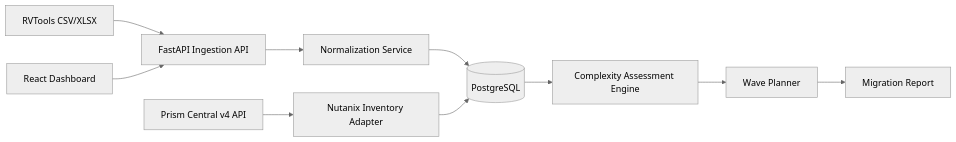
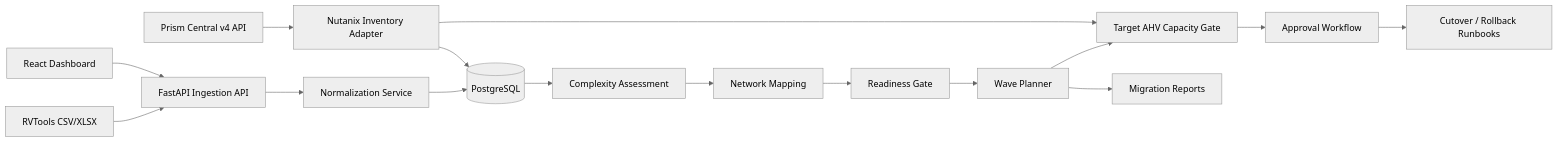
Before and after one commit to AbdullahGhani1/nutanix-migration-factory: the diagram in README.md, drawn with Mermaid (neutral theme). The commit also changed other lines of this file and 21 other files, not shown here.

````diff
--- a/README.md
+++ b/README.md
@@ -32,12 +45,18 @@
 ```mermaid
 flowchart LR
     A[RVTools CSV/XLSX] --> B[FastAPI Ingestion API]
     B --> C[Normalization Service]
     C --> D[(PostgreSQL)]
-    D --> E[Complexity Assessment Engine]
-    E --> F[Wave Planner]
-    F --> G[Migration Report]
-    H[Prism Central v4 API] --> I[Nutanix Inventory Adapter]
-    I --> D
-    J[React Dashboard] --> B
+    D --> E[Complexity Assessment]
+    E --> F[Network Mapping]
+    F --> G[Readiness Gate]
+    G --> H[Wave Planner]
+    H --> I[Target AHV Capacity Gate]
+    I --> J[Approval Workflow]
+    J --> K[Cutover / Rollback Runbooks]
+    H --> L[Migration Reports]
+    M[Prism Central v4 API] --> N[Nutanix Inventory Adapter]
+    N --> D
+    N --> I
+    O[React Dashboard] --> B
 ```
````
